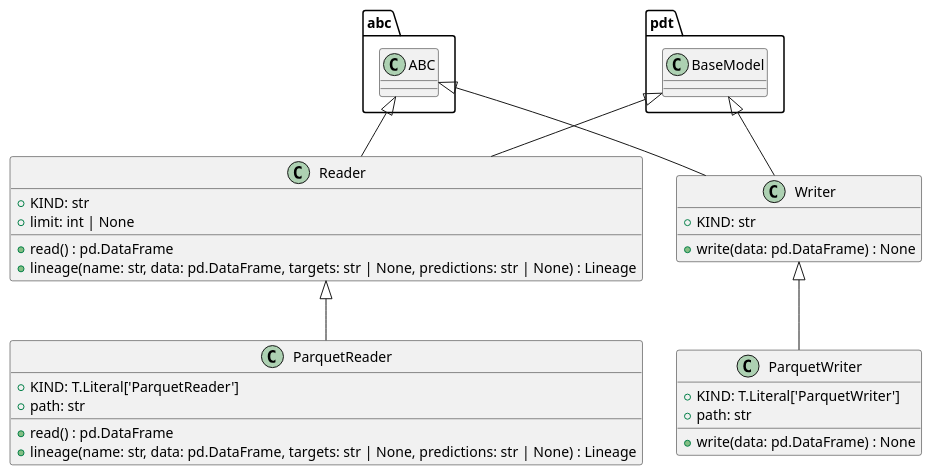
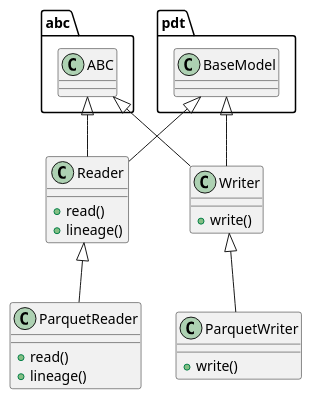
The diagram in openwiki/src/autogen_team/data_access/adapters/datasets.md (lgcorzo/llmops-python-package), drawn with PlantUML before and after one commit. The commit also changed other lines of this file and 77 other files, not shown here.

````diff
--- a/openwiki/src/autogen_team/data_access/adapters/datasets.md
+++ b/openwiki/src/autogen_team/data_access/adapters/datasets.md
@@ -54,31 +270,24 @@
 ```plantuml
 @startuml
-    abc.ABC <|-- Reader
-    pdt.BaseModel <|-- Reader
-    class Reader {
-        +KIND: str
-        +limit: int | None
-        +read() : pd.DataFrame
-        +lineage(name: str, data: pd.DataFrame, targets: str | None, predictions: str | None) : Lineage
-    }
-    Reader <|-- ParquetReader
-    class ParquetReader {
-        +KIND: T.Literal['ParquetReader']
-        +path: str
-        +read() : pd.DataFrame
-        +lineage(name: str, data: pd.DataFrame, targets: str | None, predictions: str | None) : Lineage
-    }
-    abc.ABC <|-- Writer
-    pdt.BaseModel <|-- Writer
-    class Writer {
-        +KIND: str
-        +write(data: pd.DataFrame) : None
-    }
-    Writer <|-- ParquetWriter
-    class ParquetWriter {
-        +KIND: T.Literal['ParquetWriter']
-        +path: str
-        +write(data: pd.DataFrame) : None
-    }
+class Reader {
+  + read()
+  + lineage()
+}
+abc.ABC <|-- Reader
+pdt.BaseModel <|-- Reader
+class ParquetReader {
+  + read()
+  + lineage()
+}
+Reader <|-- ParquetReader
+class Writer {
+  + write()
+}
+abc.ABC <|-- Writer
+pdt.BaseModel <|-- Writer
+class ParquetWriter {
+  + write()
+}
+Writer <|-- ParquetWriter
 @enduml
 ```
````
